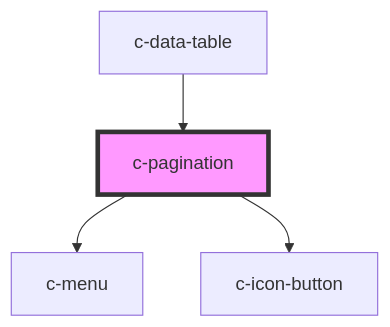
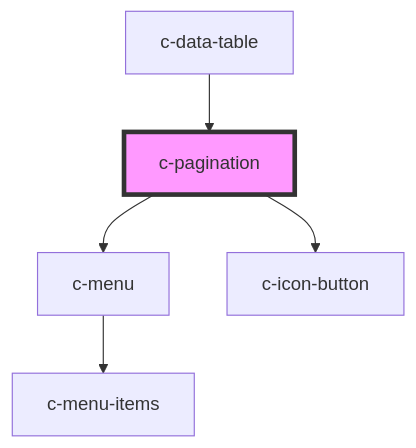
Before and after one commit to hannyle/csc-ui: the diagram in src/components/c-pagination/readme.md, drawn with Mermaid. The commit also changed 22 other files, not shown here.

````diff
--- a/src/components/c-pagination/readme.md
+++ b/src/components/c-pagination/readme.md
@@ -39,7 +39,8 @@
 ```mermaid
 graph TD;
   c-pagination --> c-menu
   c-pagination --> c-icon-button
+  c-menu --> c-menu-items
   c-data-table --> c-pagination
   style c-pagination fill:#f9f,stroke:#333,stroke-width:4px
 ```
````
